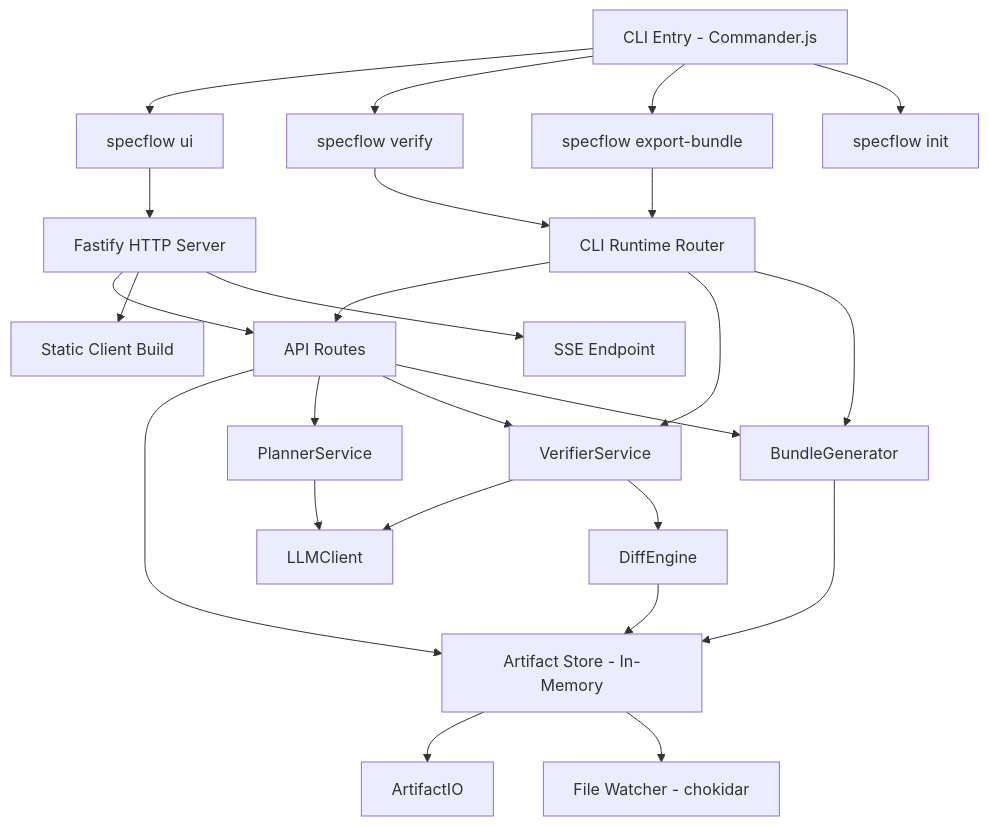
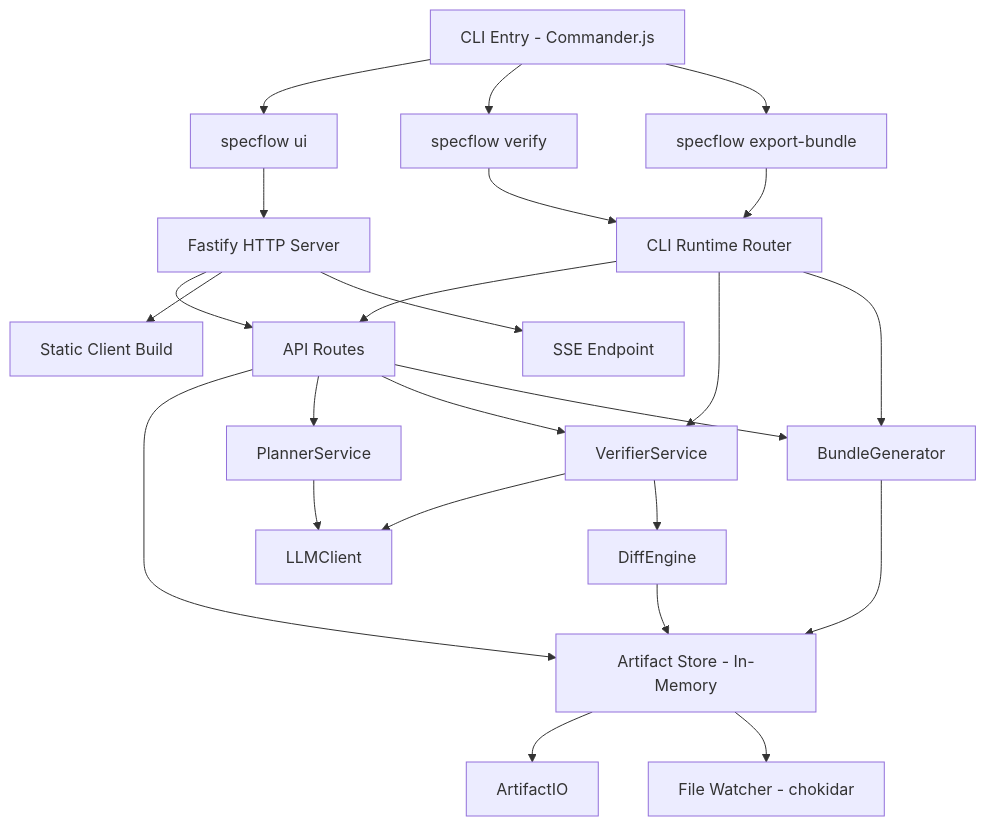
Before and after one commit to mtmitchel/SpecFlow: the second of 5 diagrams in docs/designing-specflow/tech-plan.md, drawn with Mermaid. The commit also changed other lines of this file and 52 other files, not shown here.

````diff
--- a/docs/designing-specflow/tech-plan.md
+++ b/docs/designing-specflow/tech-plan.md
@@ -286,33 +286,32 @@
 ```mermaid
 graph TD
     CLI[CLI Entry - Commander.js] --> ServerCmd[specflow ui]
     CLI --> VerifyCmd[specflow verify]
     CLI --> ExportCmd[specflow export-bundle]
-    CLI --> InitCmd[specflow init]
 
     ServerCmd --> HTTPServer[Fastify HTTP Server]
     HTTPServer --> APIRoutes[API Routes]
     HTTPServer --> StaticFiles[Static Client Build]
     HTTPServer --> SSEEndpoint[SSE Endpoint]
 
     APIRoutes --> ArtifactStore
     APIRoutes --> PlannerService
     APIRoutes --> VerifierService
     APIRoutes --> BundleGenerator
 
     VerifyCmd --> CLIRouter[CLI Runtime Router]
     ExportCmd --> CLIRouter
     CLIRouter --> APIRoutes
     CLIRouter --> VerifierService
     CLIRouter --> BundleGenerator
 
     ArtifactStore[Artifact Store - In-Memory] --> ArtifactIO
     ArtifactStore --> FileWatcher[File Watcher - chokidar]
 
     PlannerService --> LLMClient
     VerifierService --> LLMClient
     VerifierService --> DiffEngine
 
     BundleGenerator --> ArtifactStore
     DiffEngine --> ArtifactStore
 ```
````
